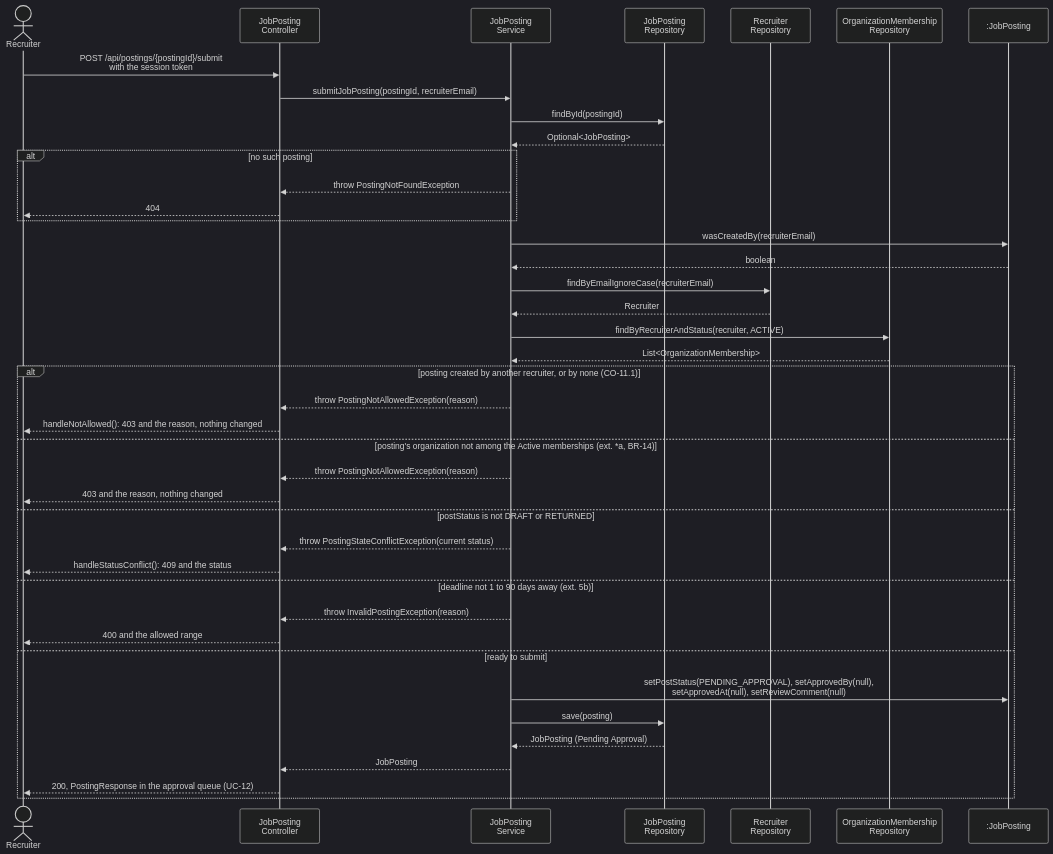
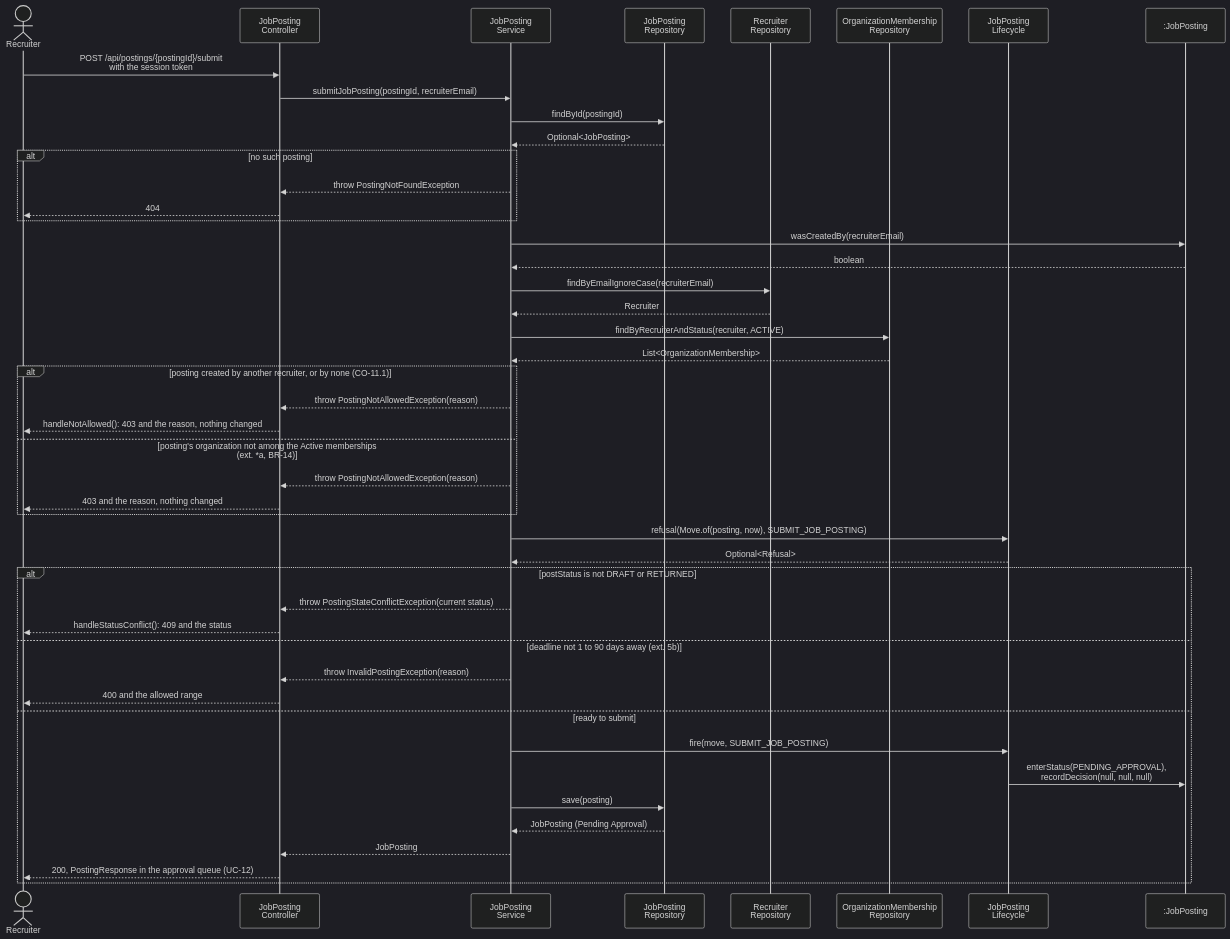
Before and after one commit to berdyshevol/careerbridge-csi5324: diagram 11 of 17 in spec/design.md, drawn with Mermaid (dark theme). The commit also changed other lines of this file and 7 other files, not shown here.

Commit message:
SCRUM-268 Decisions check the state before the comment, lock their posting; ADR-0015, architecture and design follow the tables

````diff
--- a/spec/design.md
+++ b/spec/design.md
@@ -561,44 +564,49 @@
 ```mermaid
 sequenceDiagram
     actor R as Recruiter
     participant JC as JobPosting<br/>Controller
     participant JS as JobPosting<br/>Service
     participant JR as JobPosting<br/>Repository
     participant RR as Recruiter<br/>Repository
     participant MR as OrganizationMembership<br/>Repository
+    participant L as JobPosting<br/>Lifecycle
     participant P as :JobPosting
 
     R->>JC: POST /api/postings/{postingId}/submit<br/>with the session token
     JC->>JS: submitJobPosting(postingId, recruiterEmail)
     JS->>JR: findById(postingId)
     JR-->>JS: Optional<JobPosting>
     alt no such posting
         JS-->>JC: throw PostingNotFoundException
         JC-->>R: 404
     end
     JS->>P: wasCreatedBy(recruiterEmail)
     P-->>JS: boolean
     JS->>RR: findByEmailIgnoreCase(recruiterEmail)
     RR-->>JS: Recruiter
     JS->>MR: findByRecruiterAndStatus(recruiter, ACTIVE)
     MR-->>JS: List<OrganizationMembership>
     alt posting created by another recruiter, or by none (CO-11.1)
         JS-->>JC: throw PostingNotAllowedException(reason)
         JC-->>R: handleNotAllowed(): 403 and the reason, nothing changed
     else posting's organization not among the Active memberships (ext. *a, BR-14)
         JS-->>JC: throw PostingNotAllowedException(reason)
         JC-->>R: 403 and the reason, nothing changed
-    else postStatus is not DRAFT or RETURNED
+    end
+    JS->>L: refusal(Move.of(posting, now), SUBMIT_JOB_POSTING)
+    L-->>JS: Optional<Refusal>
+    alt postStatus is not DRAFT or RETURNED
         JS-->>JC: throw PostingStateConflictException(current status)
         JC-->>R: handleStatusConflict(): 409 and the status
     else deadline not 1 to 90 days away (ext. 5b)
         JS-->>JC: throw InvalidPostingException(reason)
         JC-->>R: 400 and the allowed range
     else ready to submit
-        JS->>P: setPostStatus(PENDING_APPROVAL), setApprovedBy(null),<br/>setApprovedAt(null), setReviewComment(null)
+        JS->>L: fire(move, SUBMIT_JOB_POSTING)
+        L->>P: enterStatus(PENDING_APPROVAL),<br/>recordDecision(null, null, null)
         JS->>JR: save(posting)
         JR-->>JS: JobPosting (Pending Approval)
         JS-->>JC: JobPosting
         JC-->>R: 200, PostingResponse in the approval queue (UC-12)
     end
 ```
````
